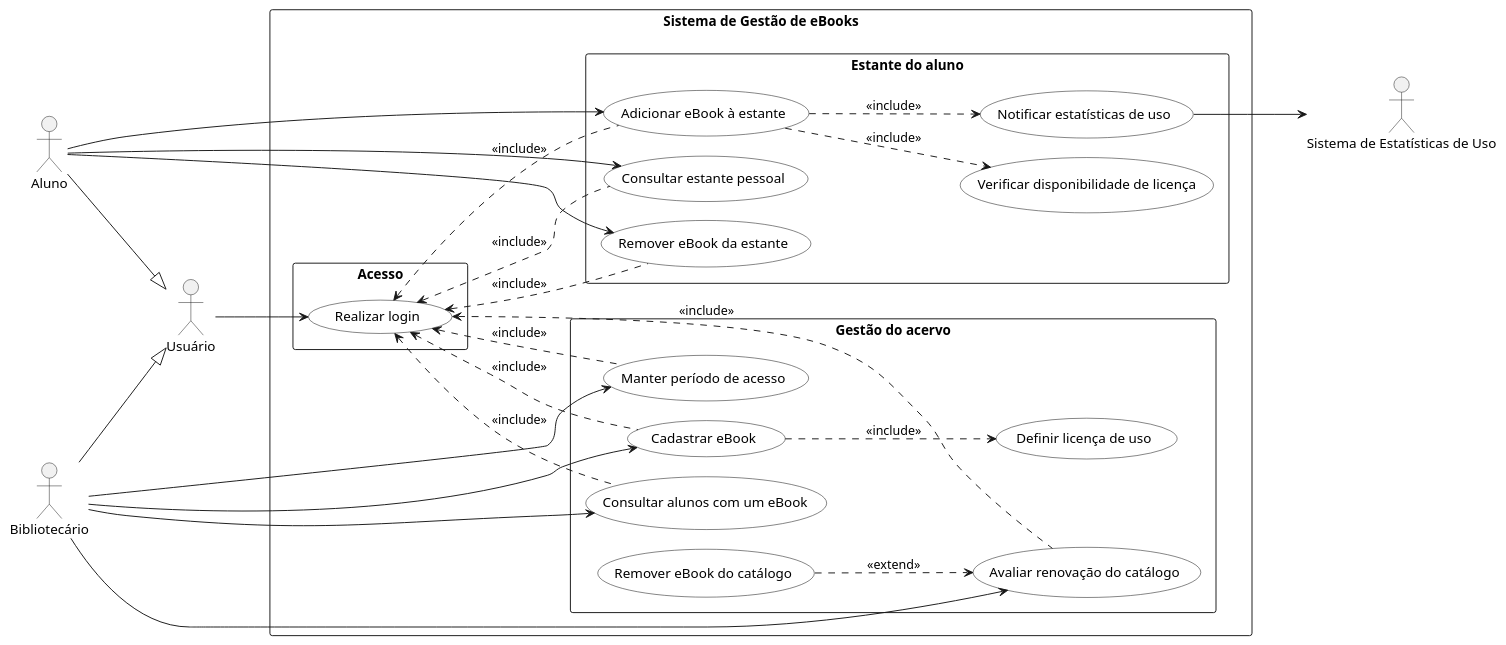
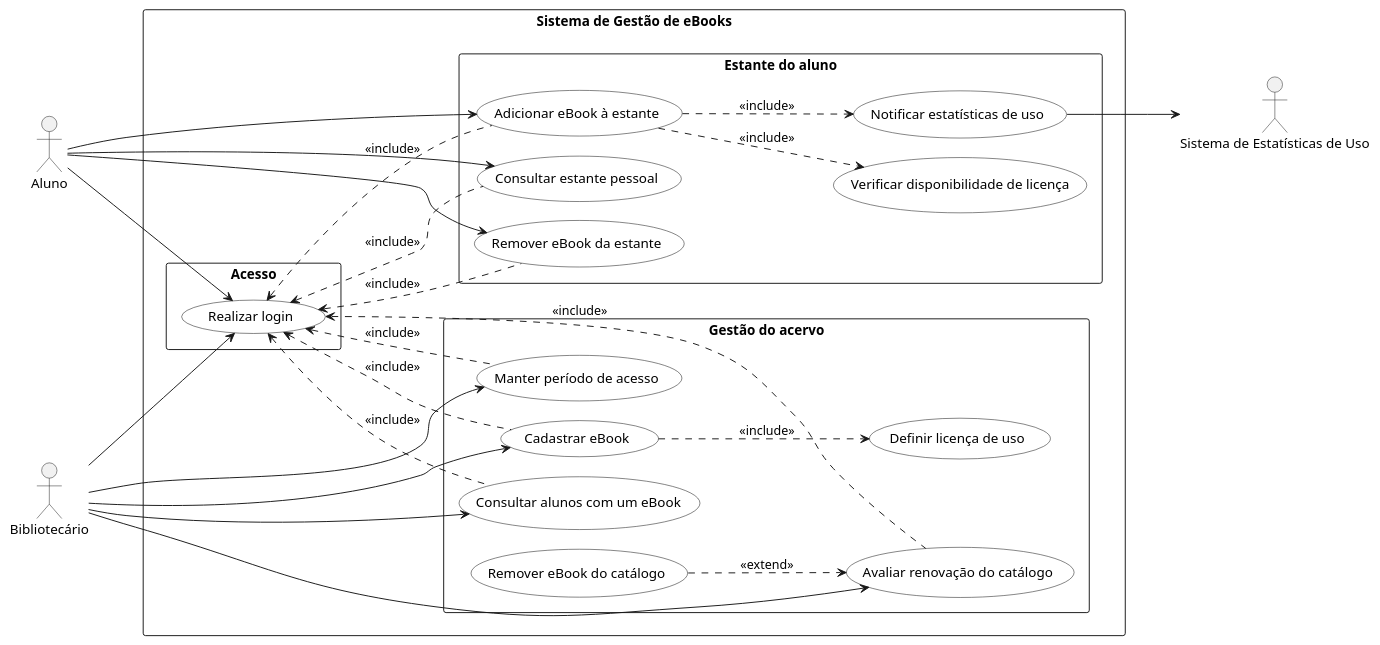
Before and after one commit to lucasnmc12/lab01-ebooks-biblioteca: the diagram in docs/diagramas/casos-de-uso.puml, drawn with PlantUML.

Commit message:
UC diagram - Exclusão da especialização de usuário

```diff
--- a/docs/diagramas/casos-de-uso.puml
+++ b/docs/diagramas/casos-de-uso.puml
@@ -1,90 +1,85 @@
 @startuml casos_de_uso_ebooks
 
 ' ---------------------------------------------------------------
 ' Sistema de Gestao de eBooks da Biblioteca Universitaria
 ' Lab01S01 - Diagrama de Casos de Uso
 '
 ' Responsaveis:
 '   Lucas Nogueira ..... UC07, UC08, UC09, UC10, UC11, UC12 (Bibliotecario)
 '   Pedro Resende ...... UC01, UC02, UC03, UC04, UC05, UC06 (Aluno / acesso)
 ' ---------------------------------------------------------------
 
 left to right direction
 skinparam packageStyle rectangle
 skinparam shadowing false
 skinparam nodesep 20
 skinparam ranksep 80
 skinparam usecase {
   BackgroundColor White
   BorderColor Black
 }
 
-' Aluno e Bibliotecario sao especializacoes de Usuario porque a descricao
-' atribui senha e login a todos os usuarios do sistema, e nao a um perfil so.
-actor "Usuário" as Usuario
 actor "Aluno" as Aluno
 actor "Bibliotecário" as Bibliotecario
-
-Aluno --|> Usuario
-Bibliotecario --|> Usuario
 
 rectangle "Sistema de Gestão de eBooks" {
 
   package "Acesso" {
     usecase "Realizar login" as UC01
   }
 
   package "Estante do aluno" {
     usecase "Adicionar eBook à estante" as UC02
     usecase "Remover eBook da estante" as UC03
     usecase "Consultar estante pessoal" as UC04
     usecase "Verificar disponibilidade de licença" as UC05
     usecase "Notificar estatísticas de uso" as UC06
   }
 
   package "Gestão do acervo" {
     usecase "Cadastrar eBook" as UC07
     usecase "Definir licença de uso" as UC08
     usecase "Consultar alunos com um eBook" as UC09
     usecase "Manter período de acesso" as UC10
     usecase "Avaliar renovação do catálogo" as UC11
     usecase "Remover eBook do catálogo" as UC12
   }
 }
 
 ' Ator secundario: e notificado pelo sistema, nao inicia nenhum caso de uso.
 actor "Sistema de Estatísticas de Uso" as Estatisticas
 
-Usuario --> UC01
+Aluno --> UC01
+Bibliotecario --> UC01
 
 Aluno --> UC02
 Aluno --> UC03
 Aluno --> UC04
 
 Bibliotecario --> UC07
 Bibliotecario --> UC09
 Bibliotecario --> UC10
 Bibliotecario --> UC11
 
 UC06 --> Estatisticas
 
 ' Login e incluido por todos os casos de uso que exigem usuario autenticado.
 ' A seta esta escrita como "UC01 <.. UCxx" apenas para o PlantUML posicionar
 ' o login proximo aos atores; a dependencia continua saindo de UCxx para UC01.
 UC01 <.. UC02 : <<include>>
 UC01 <.. UC03 : <<include>>
 UC01 <.. UC04 : <<include>>
 UC01 <.. UC07 : <<include>>
 UC01 <.. UC09 : <<include>>
 UC01 <.. UC10 : <<include>>
 UC01 <.. UC11 : <<include>>
 
 UC02 ..> UC05 : <<include>>
 UC02 ..> UC06 : <<include>>
 UC07 ..> UC08 : <<include>>
 
 ' Extend: a remocao do catalogo so acontece quando o eBook nao alcanca
 ' o minimo de 3 alunos ao final do periodo de acesso.
 UC12 ..> UC11 : <<extend>>
 
 @enduml
```
